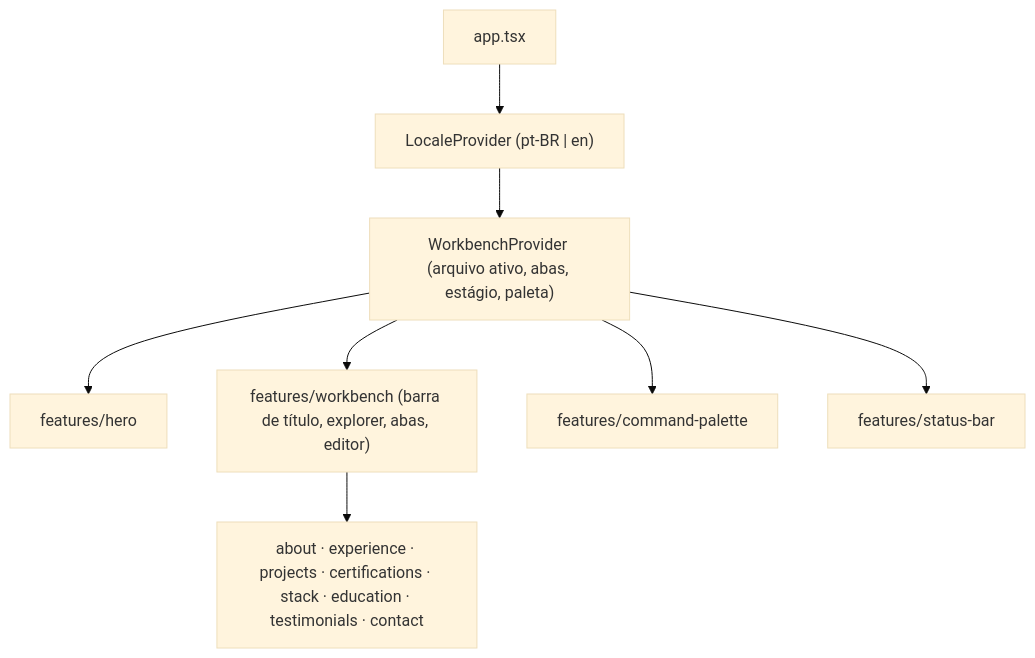
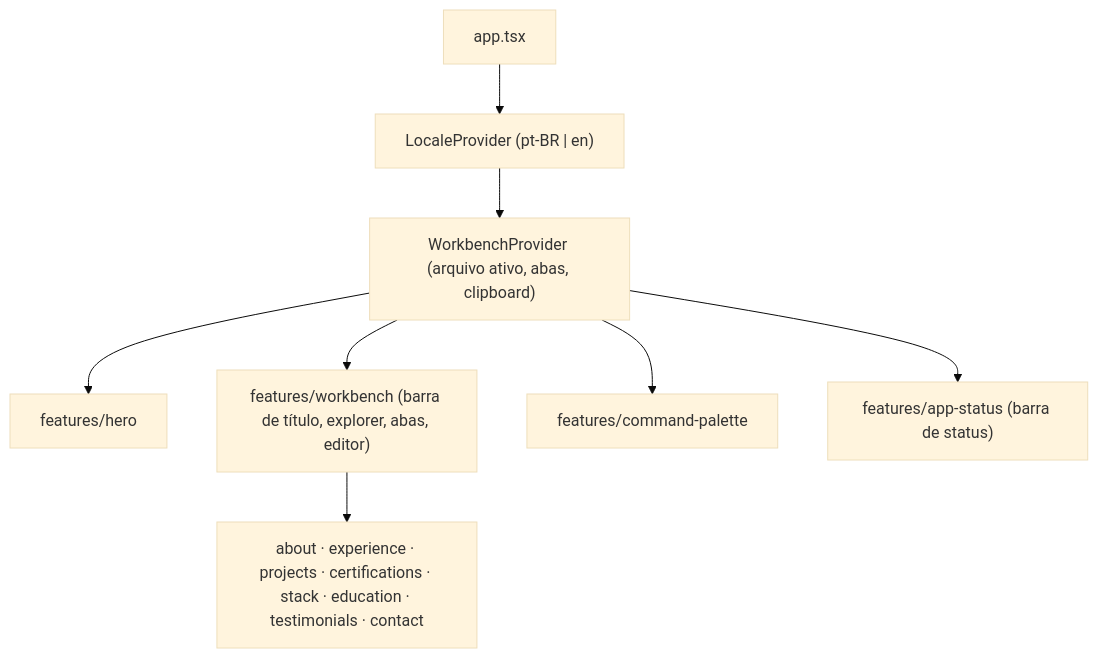
The diagram in docs/arquitetura.md (gibascript/giba-portfolio), drawn with Mermaid (base theme) before and after one commit. The commit also changed other lines of this file and 54 other files, not shown here.

Commit message:
feat(workbench): adds the workbench shell and the status bar

````diff
--- a/docs/arquitetura.md
+++ b/docs/arquitetura.md
@@ -13,10 +13,10 @@
 ```mermaid
 flowchart TD
   App["app.tsx"] --> Locale["LocaleProvider (pt-BR | en)"]
-  Locale --> Workbench["WorkbenchProvider (arquivo ativo, abas, estágio, paleta)"]
+  Locale --> Workbench["WorkbenchProvider (arquivo ativo, abas, clipboard)"]
   Workbench --> Hero["features/hero"]
   Workbench --> Shell["features/workbench (barra de título, explorer, abas, editor)"]
   Workbench --> Palette["features/command-palette"]
-  Workbench --> Status["features/status-bar"]
+  Workbench --> Status["features/app-status (barra de status)"]
   Shell --> Files["about · experience · projects · certifications · stack · education · testimonials · contact"]
 ```
````
